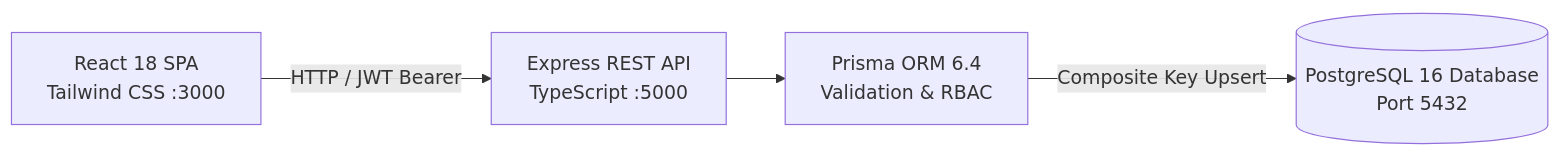
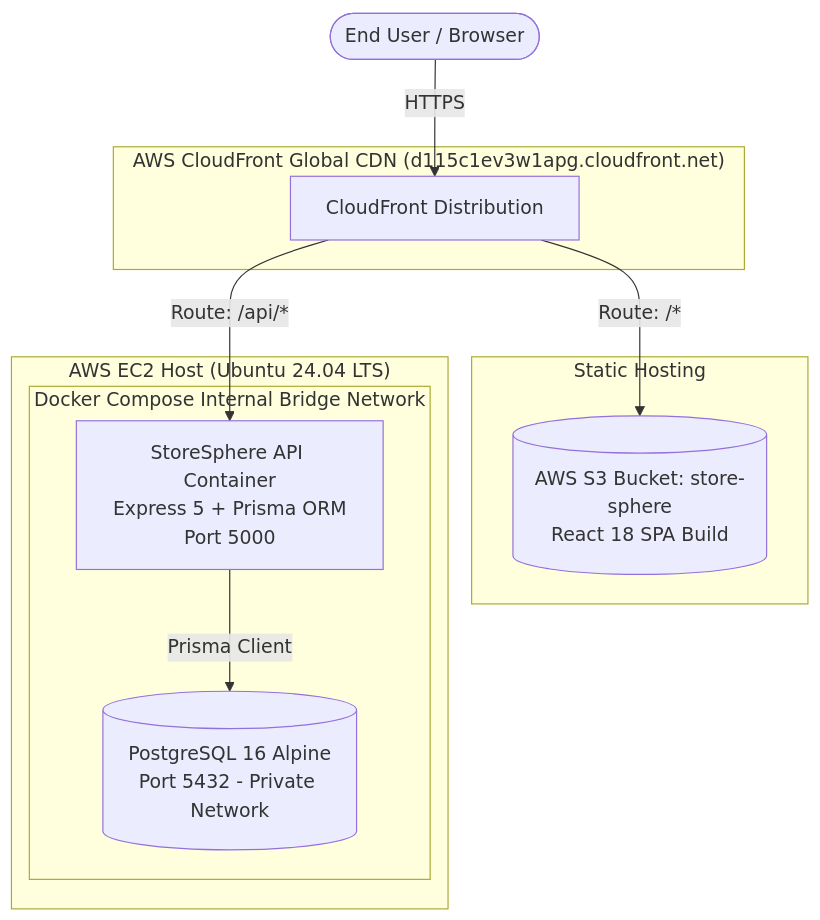
Before and after one commit to tanmayythakare/store-sphere: the first of 2 diagrams in README.md, drawn with Mermaid. The commit also changed other lines of this file, not shown here.

Commit message:
docs: update readme with live deployment urls, badges, and cicd architecture

````diff
--- a/README.md
+++ b/README.md
@@ -66,11 +76,24 @@
 ```mermaid
-flowchart LR
-    Client["React 18 SPA<br/>Tailwind CSS :3000"]
-    Server["Express REST API<br/>TypeScript :5000"]
-    Prisma["Prisma ORM 6.4<br/>Validation & RBAC"]
-    DB[("PostgreSQL 16 Database<br/>Port 5432")]
+flowchart TD
+    User([End User / Browser])
 
-    Client -->|HTTP / JWT Bearer| Server
-    Server --> Prisma
-    Prisma -->|Composite Key Upsert| DB
+    subgraph CDN["AWS CloudFront Global CDN (d115c1ev3w1apg.cloudfront.net)"]
+        CF[CloudFront Distribution]
+    end
+
+    subgraph Frontend["Static Hosting"]
+        S3[(AWS S3 Bucket: store-sphere<br/>React 18 SPA Build)]
+    end
+
+    subgraph Backend["AWS EC2 Host (Ubuntu 24.04 LTS)"]
+        subgraph DockerNet["Docker Compose Internal Bridge Network"]
+            App["StoreSphere API Container<br/>Express 5 + Prisma ORM<br/>Port 5000"]
+            DB[("PostgreSQL 16 Alpine<br/>Port 5432 - Private Network")]
+        end
+    end
+
+    User -->|HTTPS| CF
+    CF -->|Route: /*| S3
+    CF -->|Route: /api/*| App
+    App -->|Prisma Client| DB
 ```
````
